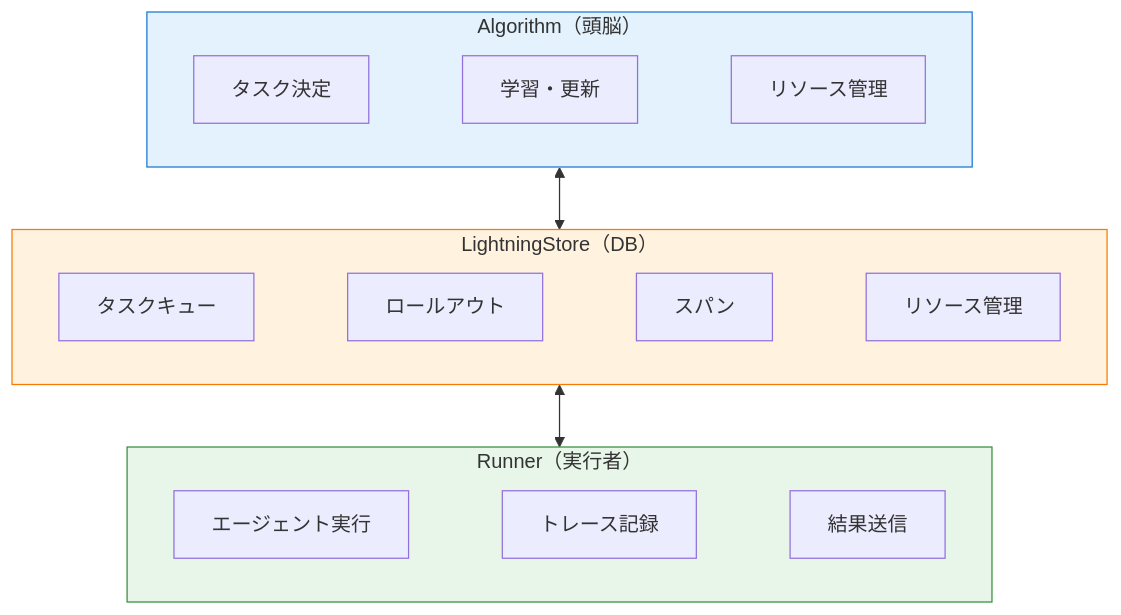
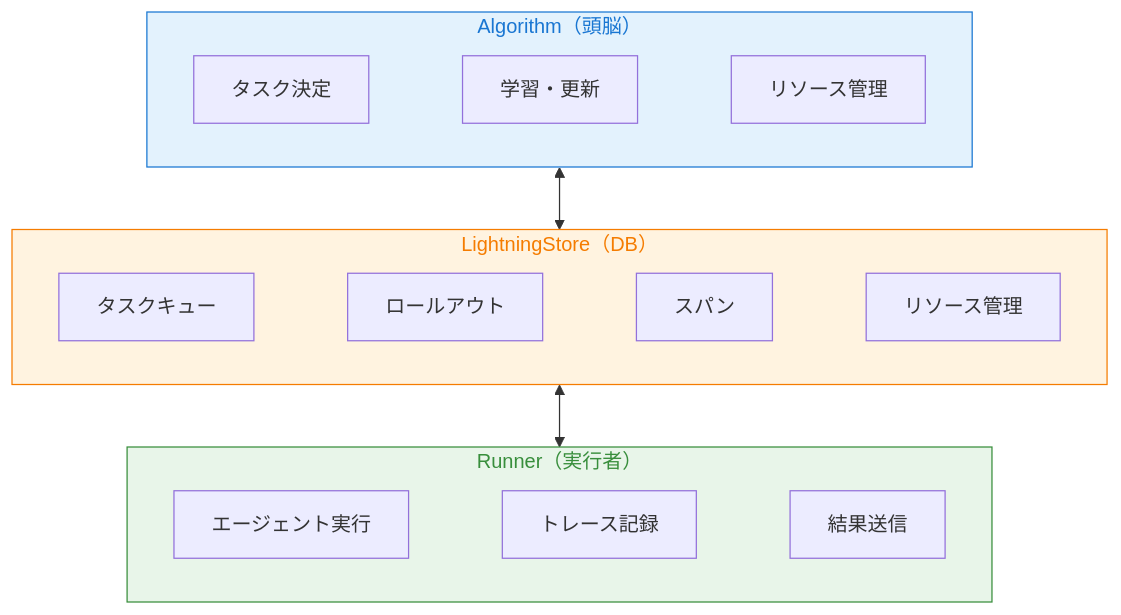
One commit to nomhiro/zenn-blog changed the fourth of 5 diagrams in articles/promptwizard-vs-agentlightning.md. Above: the diagram before and after it, drawn with Mermaid. The commit also changed other lines of this file, not shown here.

````diff
--- a/articles/promptwizard-vs-agentlightning.md
+++ b/articles/promptwizard-vs-agentlightning.md
@@ -169,23 +169,23 @@
 ```mermaid
 flowchart TB
     subgraph Algorithm["Algorithm（頭脳）"]
         direction LR
         A1[タスク決定] ~~~ A2[学習・更新] ~~~ A3[リソース管理]
     end
 
     subgraph Store["LightningStore（DB）"]
         direction LR
         S1[タスクキュー] ~~~ S2[ロールアウト] ~~~ S3[スパン] ~~~ S4[リソース管理]
     end
 
     subgraph Runner["Runner（実行者）"]
         direction LR
         R1[エージェント実行] ~~~ R2[トレース記録] ~~~ R3[結果送信]
     end
 
     Algorithm <--> Store <--> Runner
 
-    style Algorithm fill:#e3f2fd,stroke:#1976d2
-    style Store fill:#fff3e0,stroke:#f57c00
-    style Runner fill:#e8f5e9,stroke:#388e3c
+    style Algorithm fill:#e3f2fd,stroke:#1976d2,color:#1976d2
+    style Store fill:#fff3e0,stroke:#f57c00,color:#f57c00
+    style Runner fill:#e8f5e9,stroke:#388e3c,color:#388e3c
 ```
````
